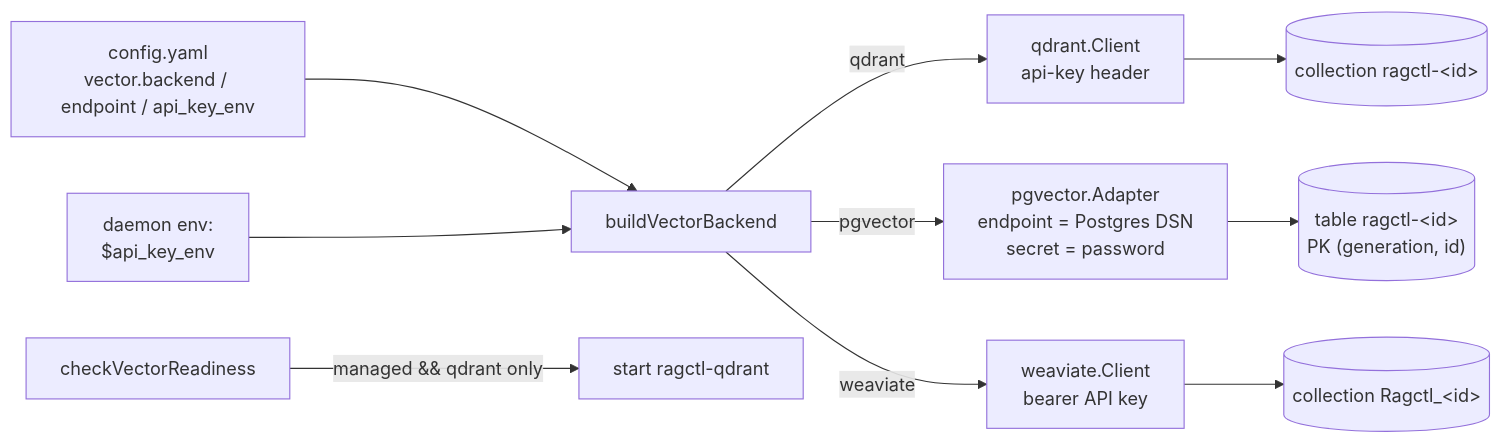
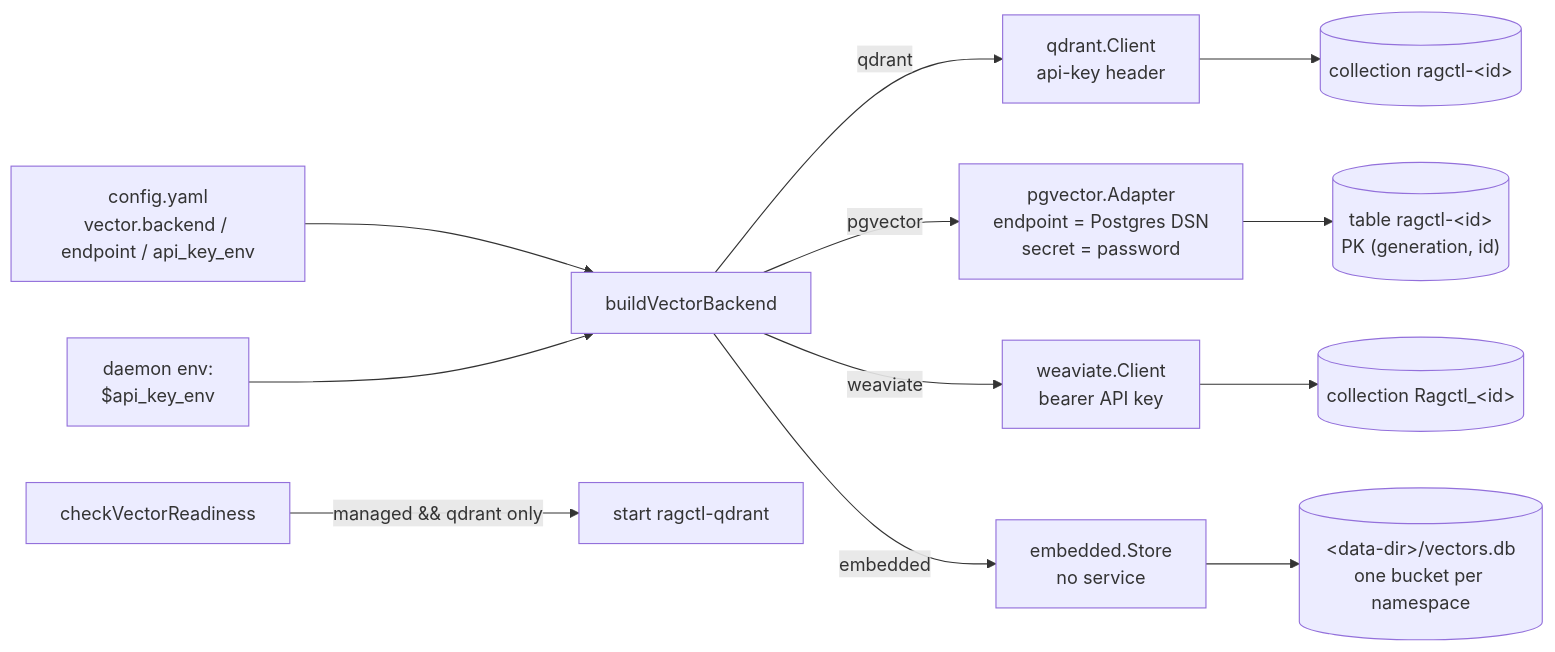
One commit to aleutian-ai/depctl changed diagram 14 of 14 in docs/architecture.md. Above: the diagram before and after it, drawn with Mermaid. The commit also changed other lines of this file and 37 other files, not shown here.

````diff
--- a/docs/architecture.md
+++ b/docs/architecture.md
@@ -753,12 +753,14 @@
 ```mermaid
 flowchart LR
   cfg["config.yaml<br/>vector.backend / endpoint / api_key_env"] --> build[buildVectorBackend]
   env["daemon env:<br/>$api_key_env"] --> build
   build -->|qdrant| q["qdrant.Client<br/>api-key header"]
   build -->|pgvector| pg["pgvector.Adapter<br/>endpoint = Postgres DSN<br/>secret = password"]
   build -->|weaviate| wv["weaviate.Client<br/>bearer API key"]
+  build -->|embedded| em["embedded.Store<br/>no service"]
+  em --> ef[("&lt;data-dir&gt;/vectors.db<br/>one bucket per namespace")]
   wv --> wc[("collection Ragctl_&lt;id&gt;")]
   q --> qc[("collection ragctl-&lt;id&gt;")]
   pg --> pt[("table ragctl-&lt;id&gt;<br/>PK (generation, id)")]
   ready[checkVectorReadiness] -->|"managed && qdrant only"| boot[start ragctl-qdrant]
 ```
````
